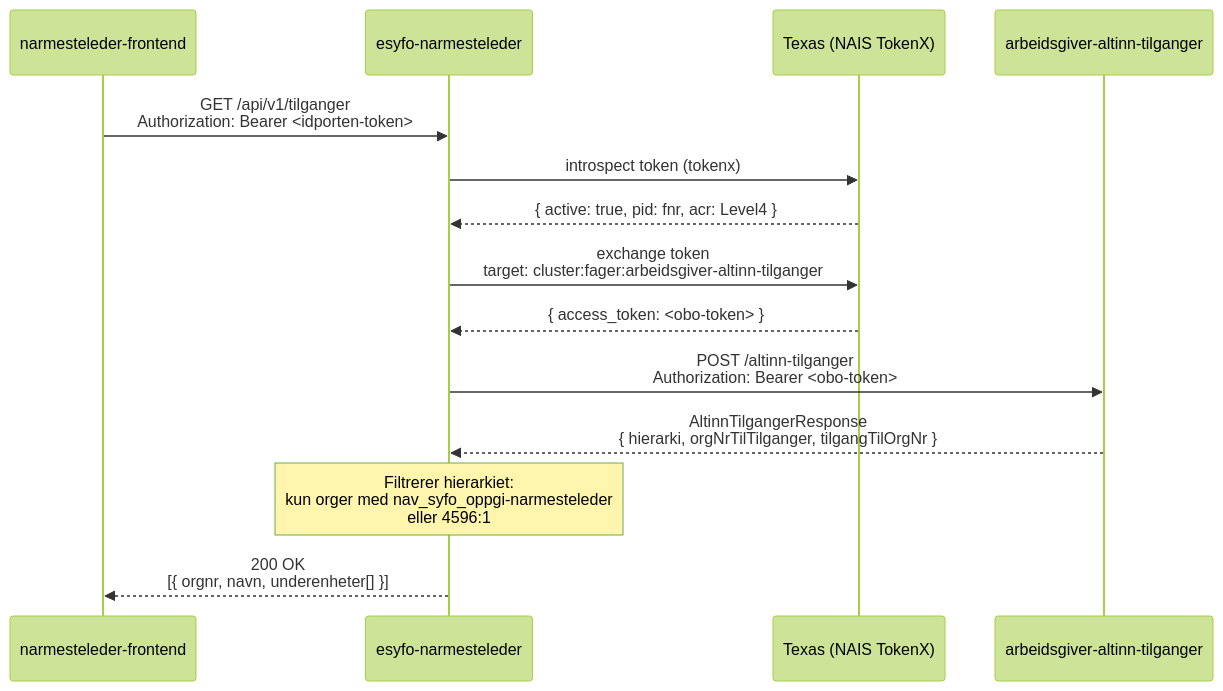
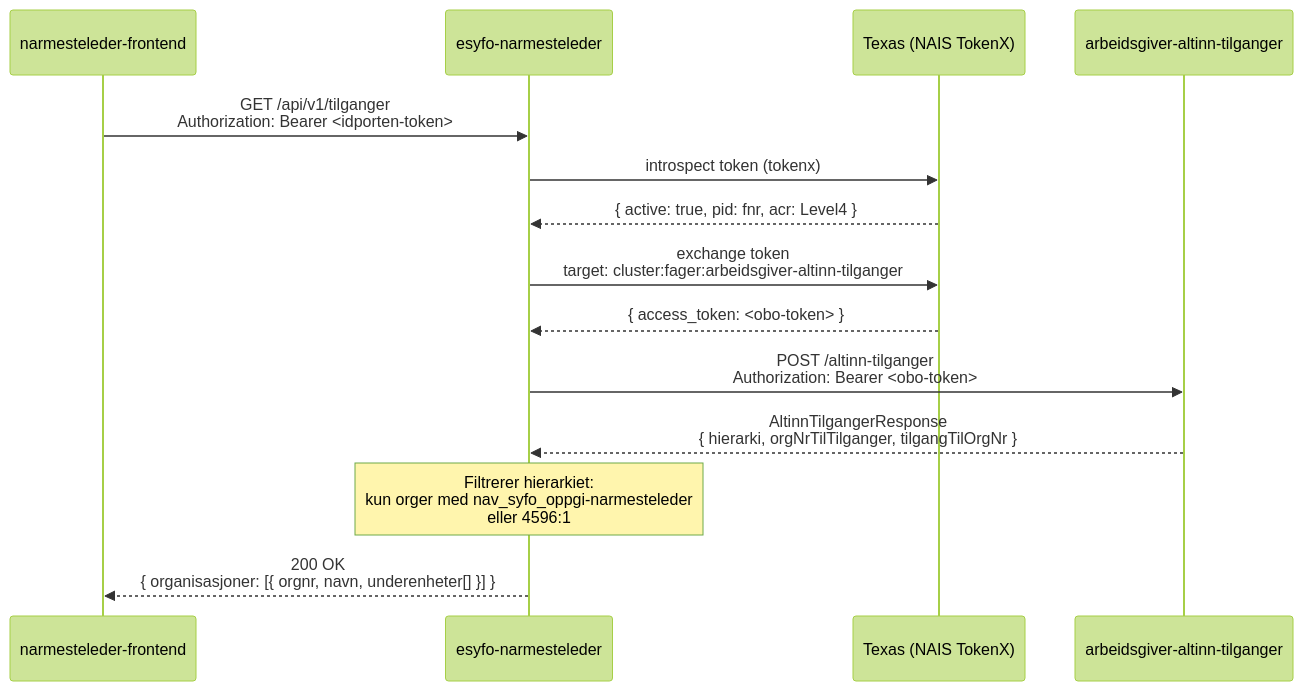
The diagram in docs/tilganger-api.md (navikt/esyfo-narmesteleder), drawn with Mermaid (forest theme) before and after one commit. The commit also changed other lines of this file and 4 other files, not shown here.

````diff
--- a/docs/tilganger-api.md
+++ b/docs/tilganger-api.md
@@ -7,21 +7,21 @@
 ```mermaid
 sequenceDiagram
     participant FE as narmesteleder-frontend
     participant API as esyfo-narmesteleder
     participant TX as Texas (NAIS TokenX)
     participant AT as arbeidsgiver-altinn-tilganger
 
     FE->>API: GET /api/v1/tilganger<br/>Authorization: Bearer <idporten-token>
     API->>TX: introspect token (tokenx)
     TX-->>API: { active: true, pid: fnr, acr: Level4 }
 
     API->>TX: exchange token<br/>target: cluster:fager:arbeidsgiver-altinn-tilganger
     TX-->>API: { access_token: <obo-token> }
 
     API->>AT: POST /altinn-tilganger<br/>Authorization: Bearer <obo-token>
     AT-->>API: AltinnTilgangerResponse<br/>{ hierarki, orgNrTilTilganger, tilgangTilOrgNr }
 
     Note over API: Filtrerer hierarkiet:<br/>kun orger med nav_syfo_oppgi-narmesteleder<br/>eller 4596:1
 
-    API-->>FE: 200 OK<br/>[{ orgnr, navn, underenheter[] }]
+    API-->>FE: 200 OK<br/>{ organisasjoner: [{ orgnr, navn, underenheter[] }] }
 ```
````
